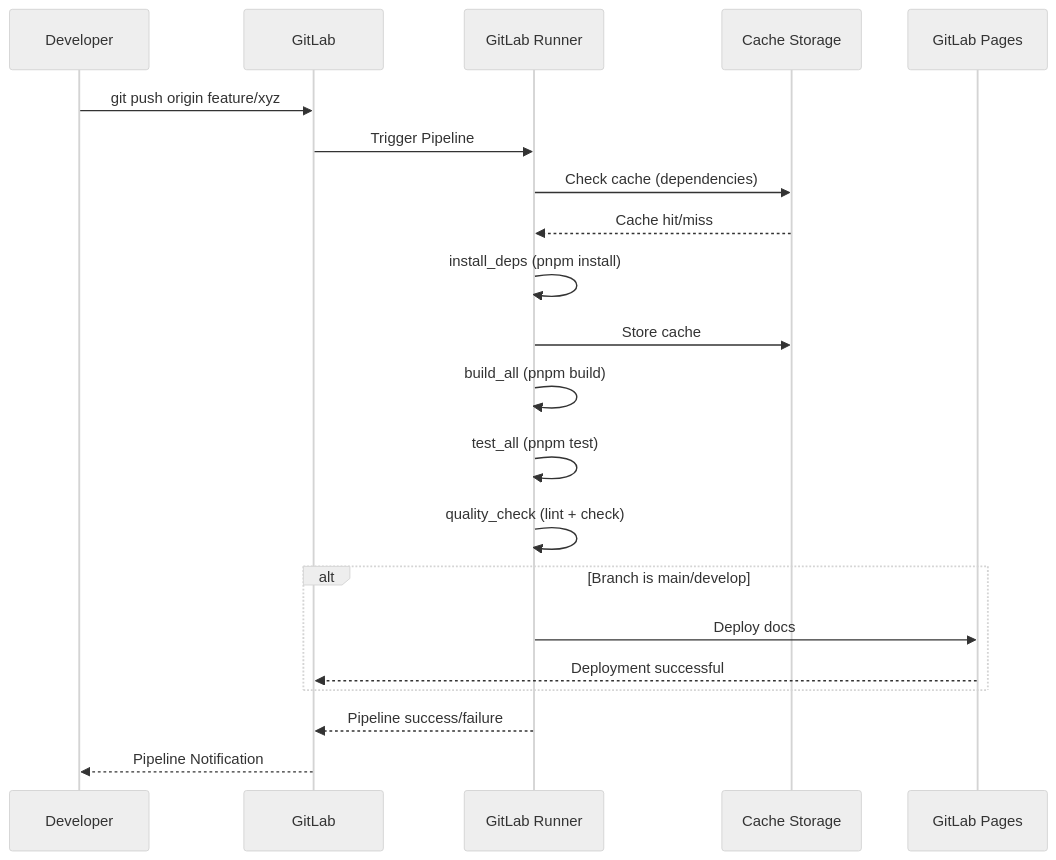
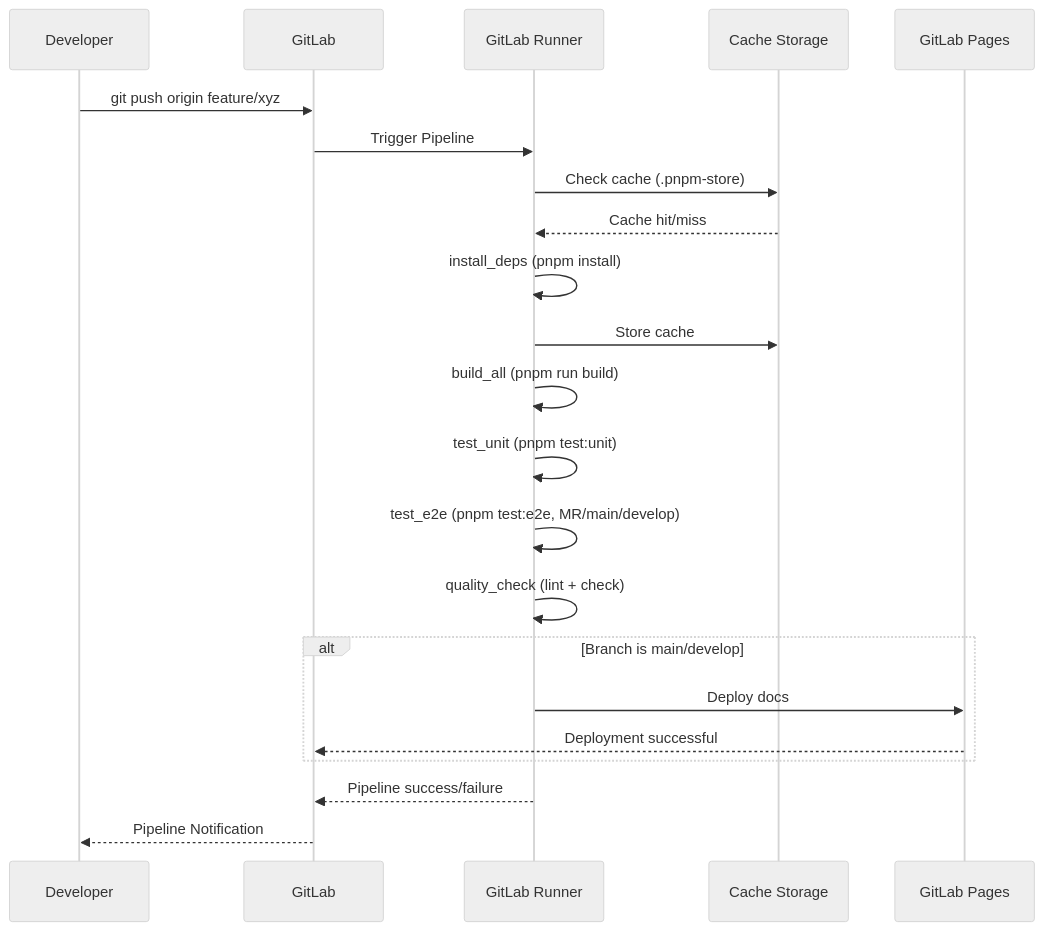
Before and after one commit to mainzcript/ujl: the sixth of 9 diagrams in apps/docs/src/arc42/07-deployment-view.md, drawn with Mermaid (neutral theme). The commit also changed other lines of this file and 2 other files, not shown here.

Commit message:
refactor: update deployment documentation to clarify the architecture of the UJL framework, including changes to the Library Service setup, PostgreSQL configuration, and Docker Compose usage, while enhancing clarity and consistency across sections

````diff
--- a/apps/docs/src/arc42/07-deployment-view.md
+++ b/apps/docs/src/arc42/07-deployment-view.md
@@ -402,29 +378,30 @@
 ```mermaid
 sequenceDiagram
     participant Dev as Developer
     participant GitLab as GitLab
     participant Runner as GitLab Runner
     participant Cache as Cache Storage
     participant Pages as GitLab Pages
 
     Dev->>GitLab: git push origin feature/xyz
     GitLab->>Runner: Trigger Pipeline
 
-    Runner->>Cache: Check cache (dependencies)
+    Runner->>Cache: Check cache (.pnpm-store)
     Cache-->>Runner: Cache hit/miss
 
     Runner->>Runner: install_deps (pnpm install)
     Runner->>Cache: Store cache
 
-    Runner->>Runner: build_all (pnpm build)
-    Runner->>Runner: test_all (pnpm test)
+    Runner->>Runner: build_all (pnpm run build)
+    Runner->>Runner: test_unit (pnpm test:unit)
+    Runner->>Runner: test_e2e (pnpm test:e2e, MR/main/develop)
     Runner->>Runner: quality_check (lint + check)
 
     alt Branch is main/develop
         Runner->>Pages: Deploy docs
         Pages-->>GitLab: Deployment successful
     end
 
     Runner-->>GitLab: Pipeline success/failure
     GitLab-->>Dev: Pipeline Notification
 ```
````
